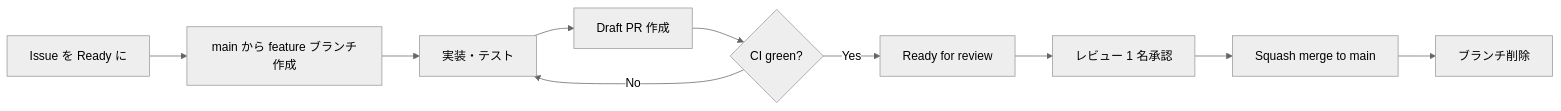
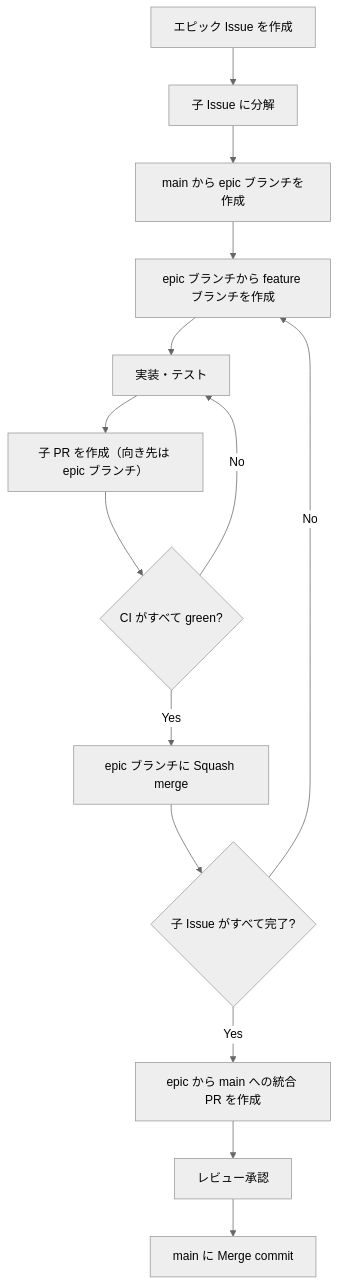
One commit to hisaju/task-breakdown changed the diagram in docs/kickoff.md. Above: the diagram before and after it, drawn with Mermaid (neutral theme). The commit also changed other lines of this file and 7 other files, not shown here.

First line of the commit message:
docs: キックオフの運用ルール更新・図の修正・開発者向けガイド追加

````diff
--- a/docs/kickoff.md
+++ b/docs/kickoff.md
@@ -90,12 +88,16 @@
 ```mermaid
-flowchart LR
-  A[Issue を Ready に] --> B[main から feature ブランチ作成]
-  B --> C[実装・テスト]
-  C --> D[Draft PR 作成]
-  D --> E{CI green?}
-  E -- No --> C
-  E -- Yes --> F[Ready for review]
-  F --> G[レビュー 1 名承認]
-  G --> H[Squash merge to main]
-  H --> I[ブランチ削除]
+flowchart TD
+  A["エピック Issue を作成"] --> B["子 Issue に分解"]
+  B --> C["main から epic ブランチを作成"]
+  C --> D["epic ブランチから feature ブランチを作成"]
+  D --> E["実装・テスト"]
+  E --> F["子 PR を作成（向き先は epic ブランチ）"]
+  F --> G{"CI がすべて green?"}
+  G -- "No" --> E
+  G -- "Yes" --> H["epic ブランチに Squash merge"]
+  H --> I{"子 Issue がすべて完了?"}
+  I -- "No" --> D
+  I -- "Yes" --> J["epic から main への統合 PR を作成"]
+  J --> K["レビュー承認"]
+  K --> L["main に Merge commit"]
 ```
````
